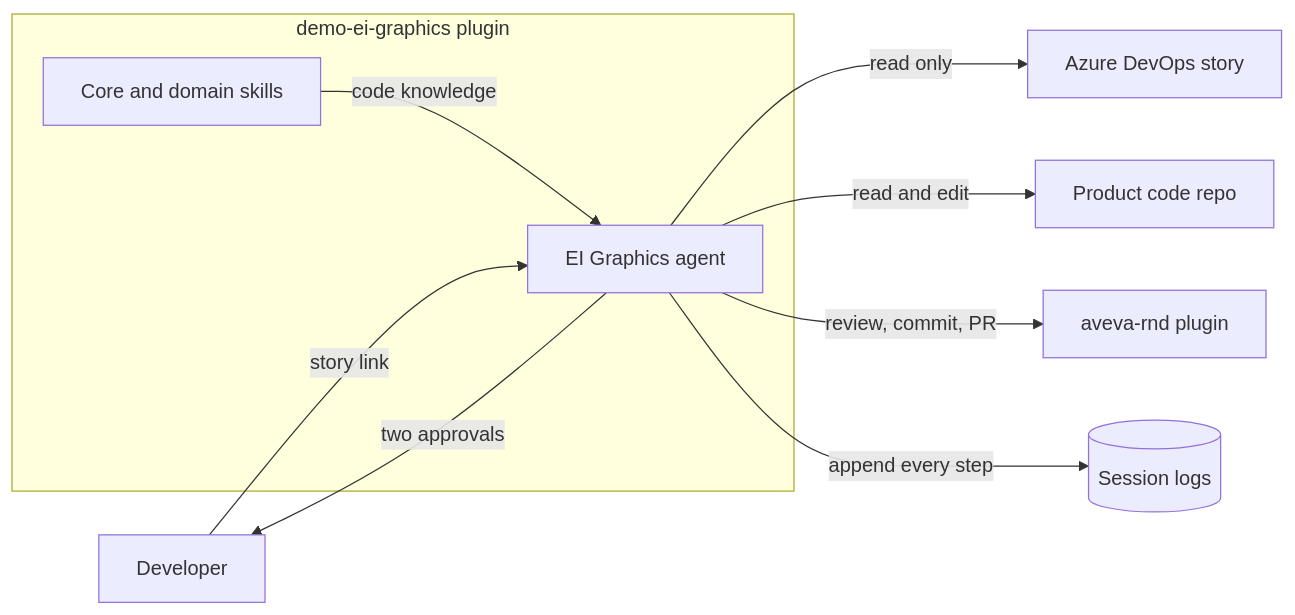
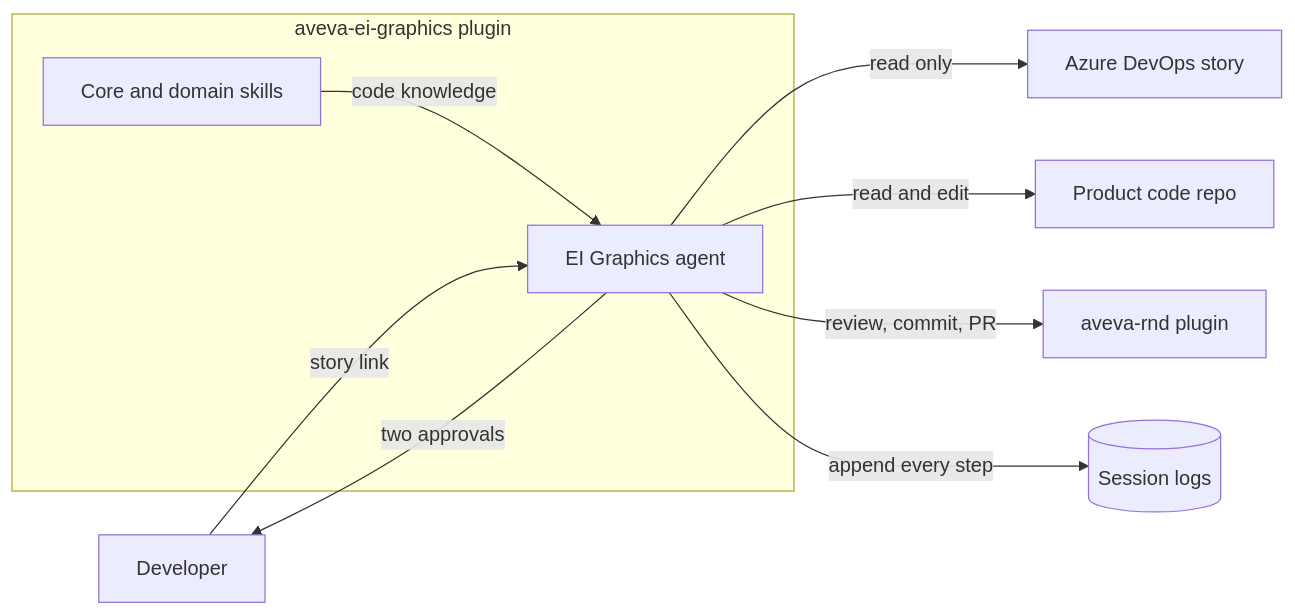
One commit to sidbhardwaj-aveva/ei-graphics-plugin changed the first of 8 diagrams in docs/presentation/README.md. Above: the diagram before and after it, drawn with Mermaid. The commit also changed 97 other files, not shown here.

````diff
--- a/docs/presentation/README.md
+++ b/docs/presentation/README.md
@@ -18,22 +18,22 @@
 ```mermaid
 flowchart LR
     Dev["Developer"]
 
-    subgraph Plugin["demo-ei-graphics plugin"]
+    subgraph Plugin["aveva-ei-graphics plugin"]
         Agent["EI Graphics agent"]
         Skills["Core and domain skills"]
     end
 
     ADO["Azure DevOps story"]
     Repo["Product code repo"]
     Rnd["aveva-rnd plugin"]
     Logs[("Session logs")]
 
     Dev -->|"story link"| Agent
     Agent -->|"two approvals"| Dev
     Agent -->|"read only"| ADO
     Agent -->|"read and edit"| Repo
     Agent -->|"review, commit, PR"| Rnd
     Agent -->|"append every step"| Logs
     Skills -->|"code knowledge"| Agent
 ```
````
